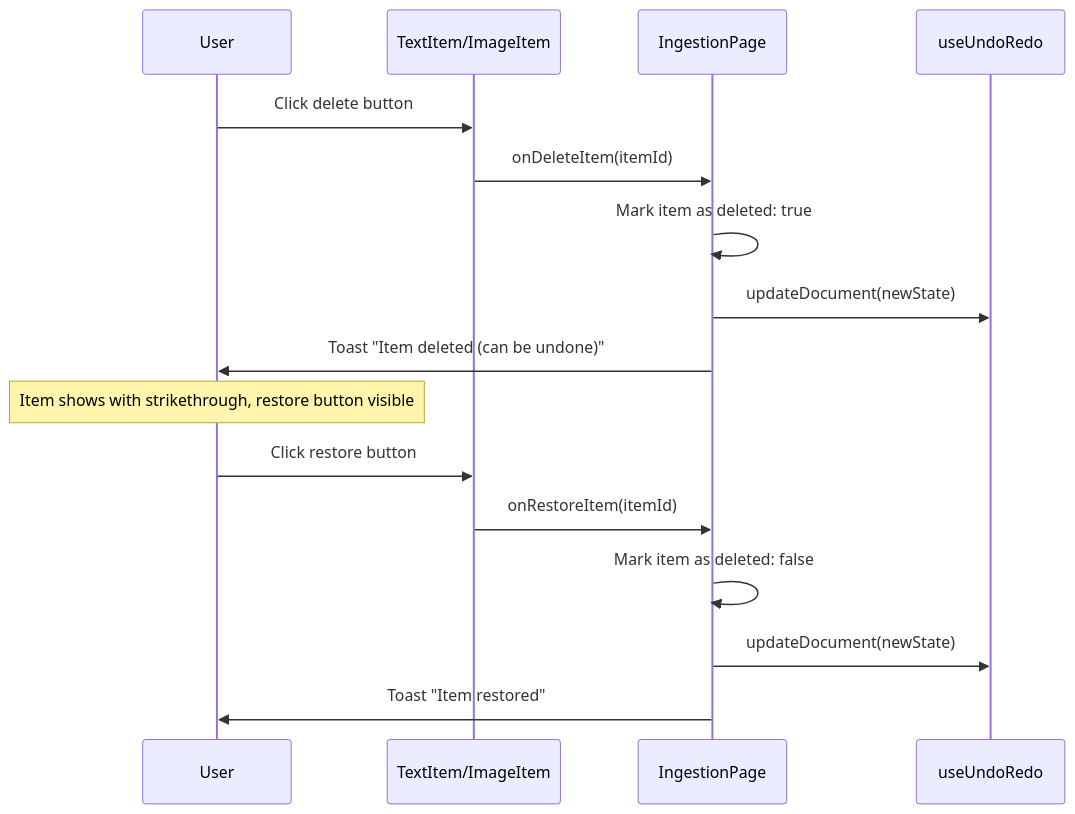
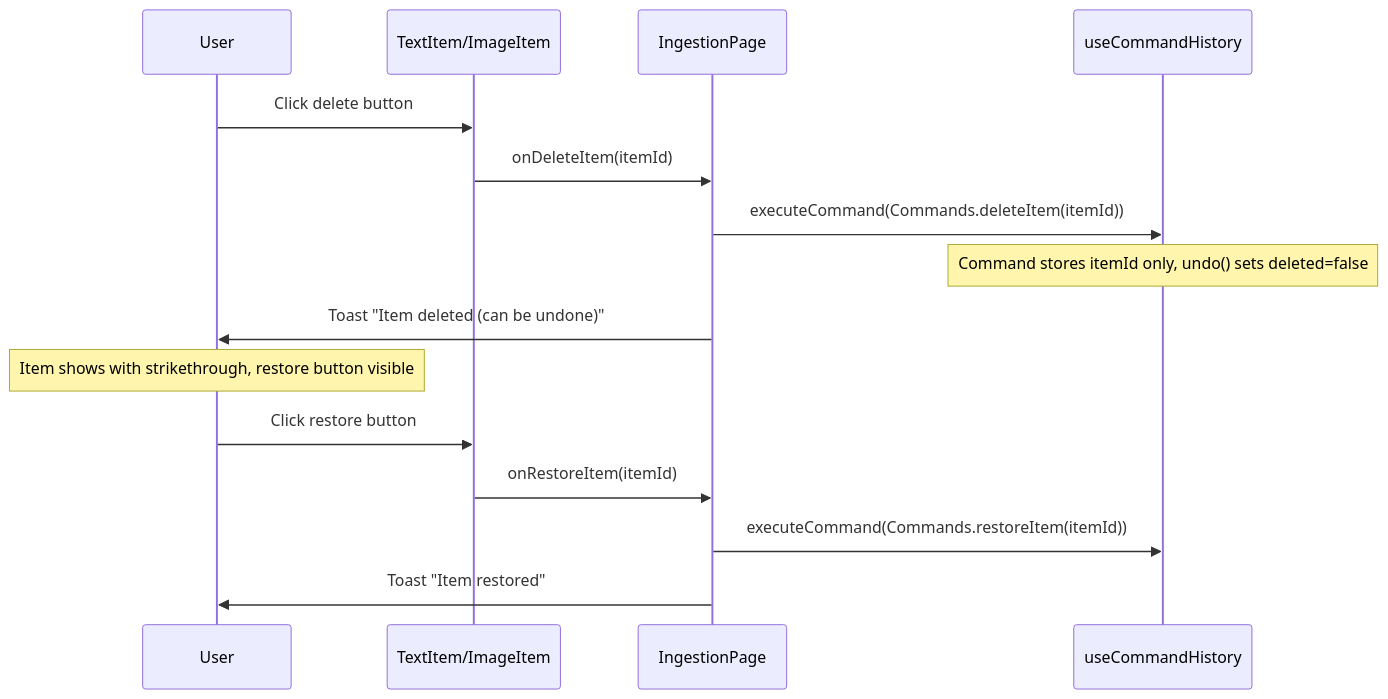
Before and after one commit to nabilbenjemia/atoss-chatbot: the fourth of 8 diagrams in doc/FEATURE_INGESTION_PAGE.md, drawn with Mermaid. The commit also changed other lines of this file and 3 other files, not shown here.

Commit message:
feat: replace useUndoRedo with useCommandHistory for efficient command-based undo/redo functionality; update IngestionPage to utilize new commands

````diff
--- a/doc/FEATURE_INGESTION_PAGE.md
+++ b/doc/FEATURE_INGESTION_PAGE.md
@@ -148,21 +151,20 @@
 ```mermaid
 sequenceDiagram
     participant User
     participant TextItem/ImageItem
     participant IngestionPage
-    participant useUndoRedo
+    participant useCommandHistory
 
     User->>TextItem/ImageItem: Click delete button
     TextItem/ImageItem->>IngestionPage: onDeleteItem(itemId)
-    IngestionPage->>IngestionPage: Mark item as deleted: true
-    IngestionPage->>useUndoRedo: updateDocument(newState)
+    IngestionPage->>useCommandHistory: executeCommand(Commands.deleteItem(itemId))
+    Note over useCommandHistory: Command stores itemId only, undo() sets deleted=false
     IngestionPage->>User: Toast "Item deleted (can be undone)"
     
     Note over User: Item shows with strikethrough, restore button visible
     
     User->>TextItem/ImageItem: Click restore button
     TextItem/ImageItem->>IngestionPage: onRestoreItem(itemId)
-    IngestionPage->>IngestionPage: Mark item as deleted: false
-    IngestionPage->>useUndoRedo: updateDocument(newState)
+    IngestionPage->>useCommandHistory: executeCommand(Commands.restoreItem(itemId))
     IngestionPage->>User: Toast "Item restored"
 ```
````
